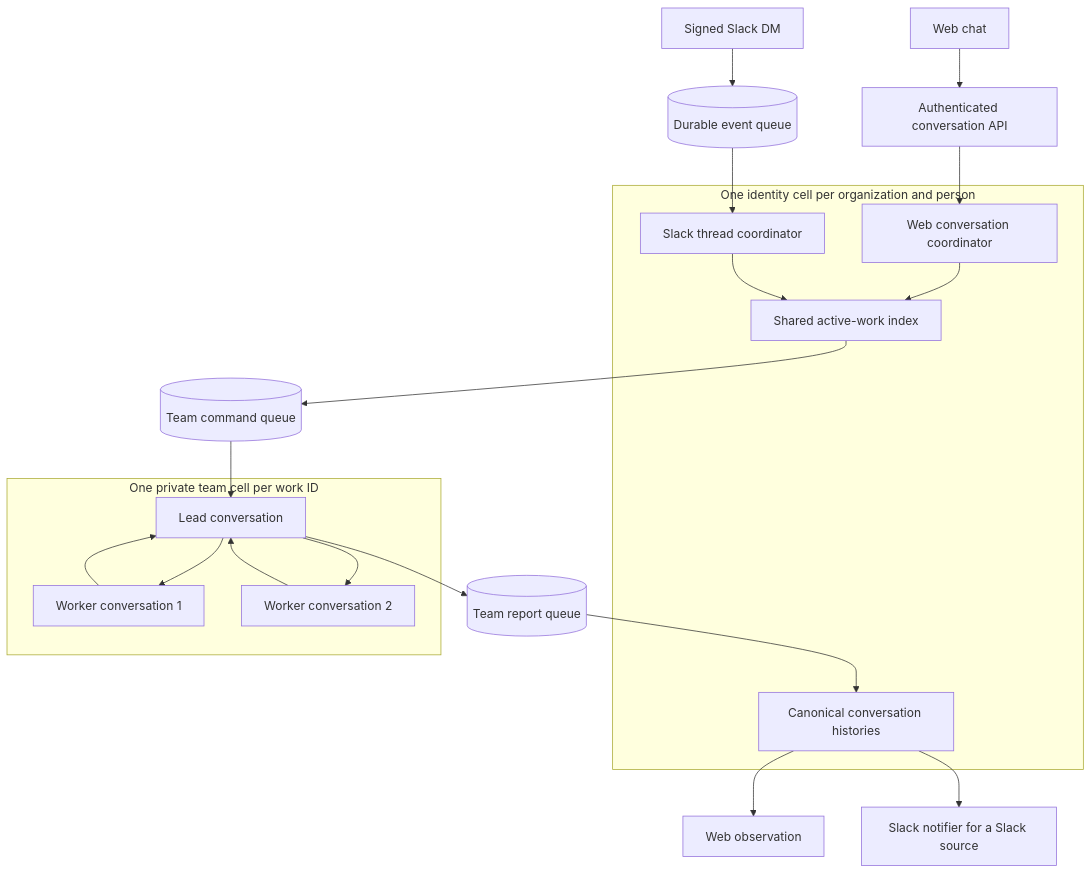
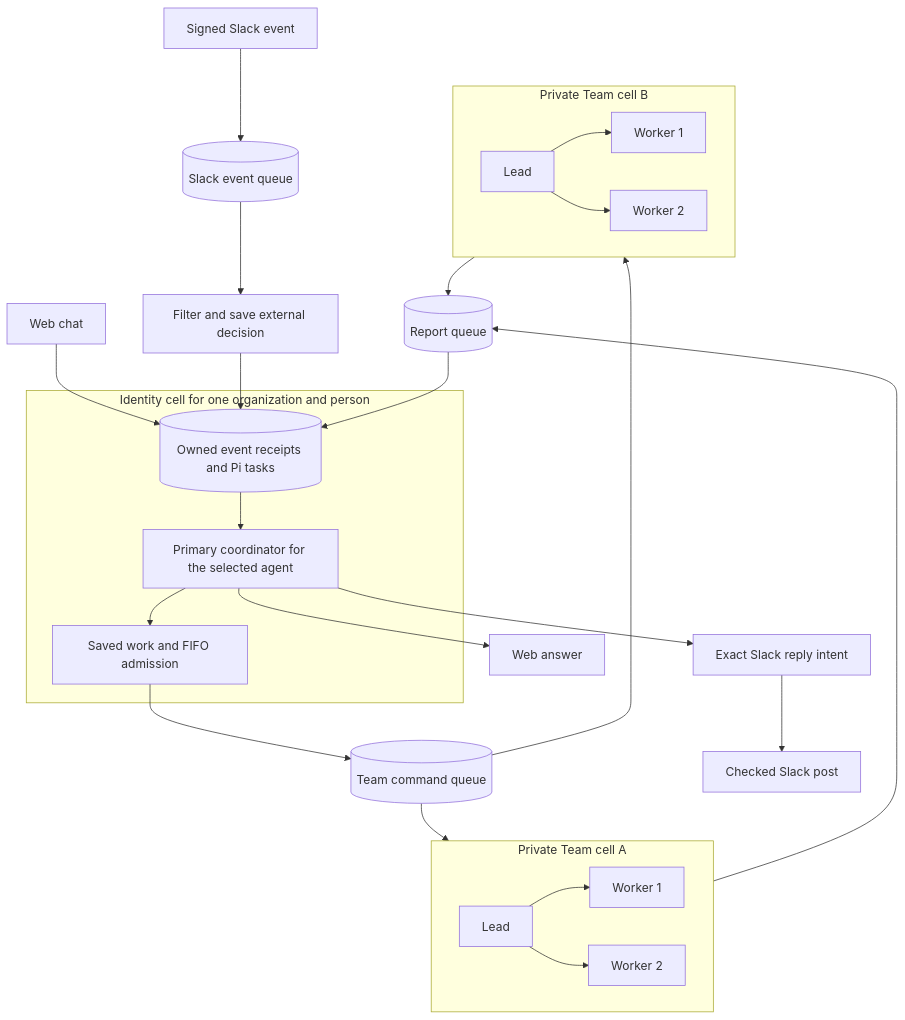
Before and after one commit to jhonsfran/cerebro: the first of 2 diagrams in docs/architecture/slack-coordinator.md, drawn with Mermaid. The commit also changed other lines of this file and 13 other files, not shown here.

````diff
--- a/docs/architecture/slack-coordinator.md
+++ b/docs/architecture/slack-coordinator.md
@@ -7,30 +5,28 @@
 ```mermaid
 flowchart TD
-  W[Web chat] --> API[Authenticated conversation API]
-  S[Signed Slack DM] --> EQ[(Durable event queue)]
-  API --> CW
-  EQ --> CS
-  subgraph I[One identity cell per organization and person]
-    CW[Web conversation coordinator]
-    CS[Slack thread coordinator]
-    X[Shared active-work index]
-    H[Canonical conversation histories]
-    CW --> X
-    CS --> X
+  Web[Web chat] --> Inbox
+  Slack[Signed Slack event] --> Queue[(Slack event queue)]
+  Queue --> Filter[Filter and save external decision]
+  Filter --> Inbox
+  subgraph Identity[Identity cell for one organization and person]
+    Inbox[(Owned event receipts and Pi tasks)] --> Coordinator[Primary coordinator for the selected agent]
+    Coordinator --> Work[Saved work and FIFO admission]
   end
-  X --> CQ[(Team command queue)]
-  CQ --> L
-  subgraph T[One private team cell per work ID]
-    L[Lead conversation]
-    W1[Worker conversation 1]
-    W2[Worker conversation 2]
-    L --> W1
-    L --> W2
-    W1 --> L
-    W2 --> L
+  Work --> Commands[(Team command queue)]
+  Commands --> A
+  Commands --> B
+  subgraph A[Private Team cell A]
+    LeadA[Lead] --> WorkerA1[Worker 1]
+    LeadA --> WorkerA2[Worker 2]
   end
-  L --> RQ[(Team report queue)]
-  RQ --> H
-  H --> O[Web observation]
-  H --> N[Slack notifier for a Slack source]
+  subgraph B[Private Team cell B]
+    LeadB[Lead] --> WorkerB1[Worker 1]
+    LeadB --> WorkerB2[Worker 2]
+  end
+  A --> Reports[(Report queue)]
+  B --> Reports
+  Reports --> Inbox
+  Coordinator --> WebReply[Web answer]
+  Coordinator --> Reply[Exact Slack reply intent]
+  Reply --> SlackPost[Checked Slack post]
 ```
````
